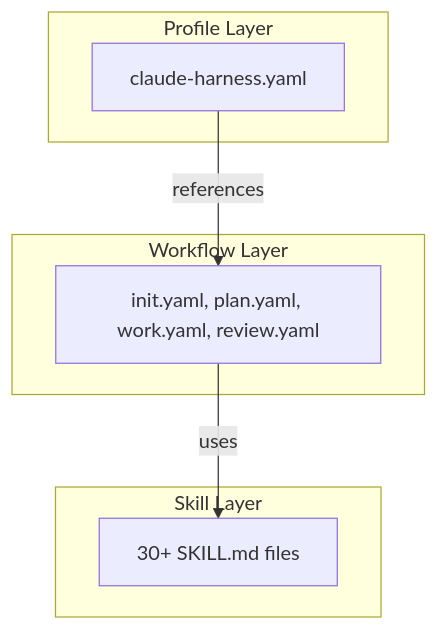
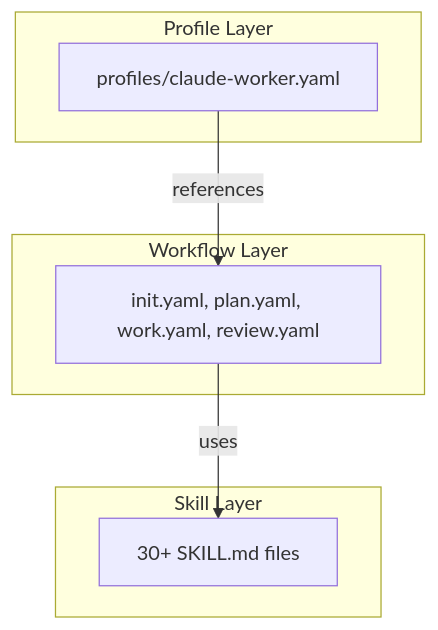
The diagram in docs/ARCHITECTURE.md (mo666-med/claude-code-harness), drawn with Mermaid before and after one commit. The commit also changed other lines of this file and 74 other files, not shown here.

Commit message:
feat: update claude-code-harness for Claude Code spec v2.0.0

````diff
--- a/docs/ARCHITECTURE.md
+++ b/docs/ARCHITECTURE.md
@@ -11,15 +11,15 @@
 ```mermaid
 graph TD
     subgraph Profile Layer
-        A[claude-harness.yaml]
+        A[profiles/claude-worker.yaml]
     end
     subgraph Workflow Layer
         B[init.yaml, plan.yaml, work.yaml, review.yaml]
     end
     subgraph Skill Layer
         C[30+ SKILL.md files]
     end
 
     A -- references --> B;
     B -- uses --> C;
 ```
````
